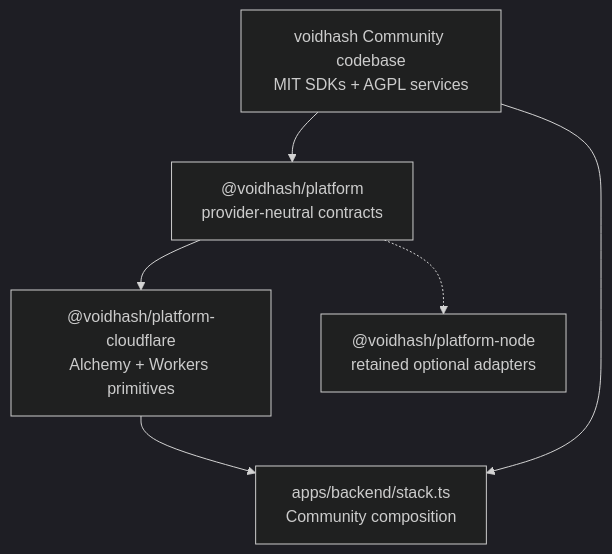
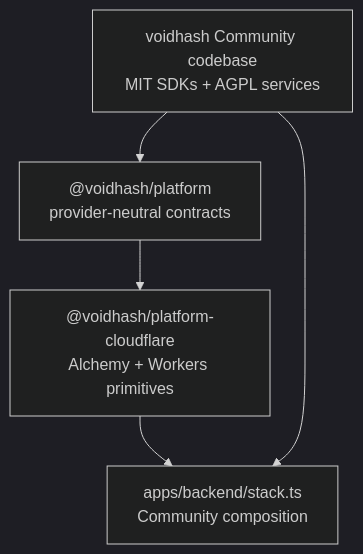
The diagram in docs/architecture.md (voidhashcom/voidhash), drawn with Mermaid (dark theme) before and after one commit. The commit also changed other lines of this file and 117 other files, not shown here.

````diff
--- a/docs/architecture.md
+++ b/docs/architecture.md
@@ -9,14 +9,12 @@
 ```mermaid
 flowchart TD
   Community["voidhash Community codebase<br/>MIT SDKs + AGPL services"]
   Platform["@voidhash/platform<br/>provider-neutral contracts"]
   Cloud["@voidhash/platform-cloudflare<br/>Alchemy + Workers primitives"]
   Deploy["apps/backend/stack.ts<br/>Community composition"]
-  Node["@voidhash/platform-node<br/>retained optional adapters"]
 
   Community --> Platform
   Platform --> Cloud
-  Platform -.-> Node
   Cloud --> Deploy
   Community --> Deploy
 ```
````
